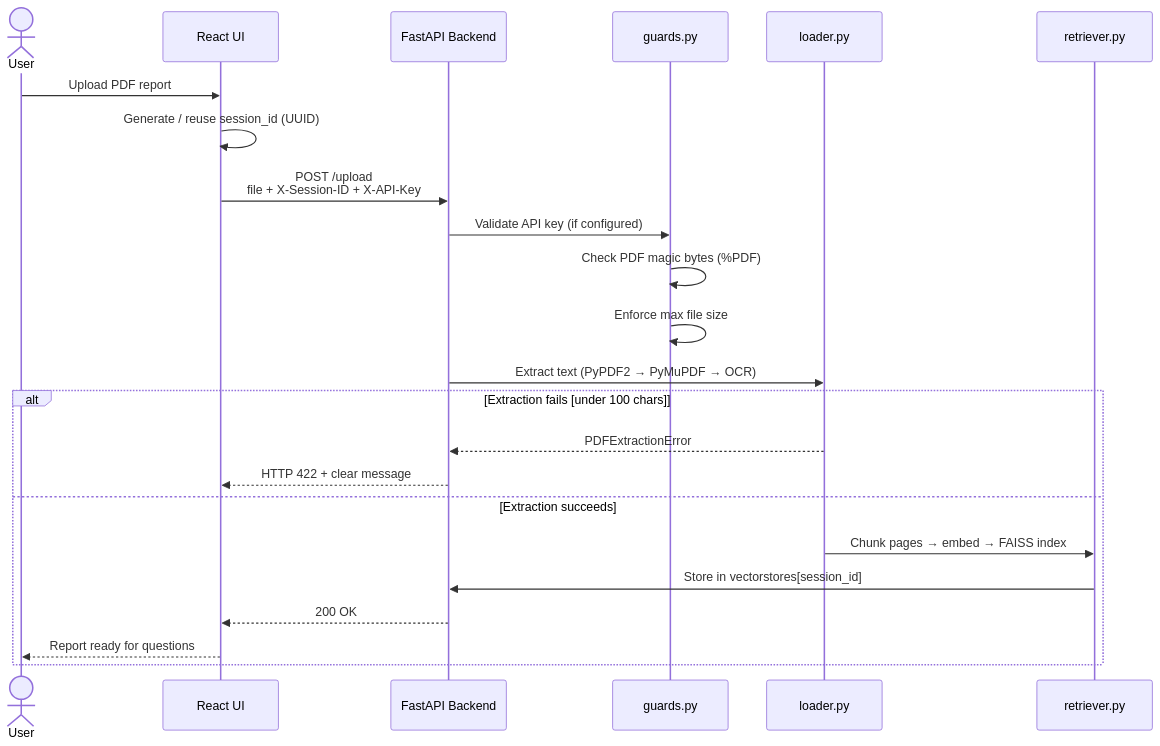
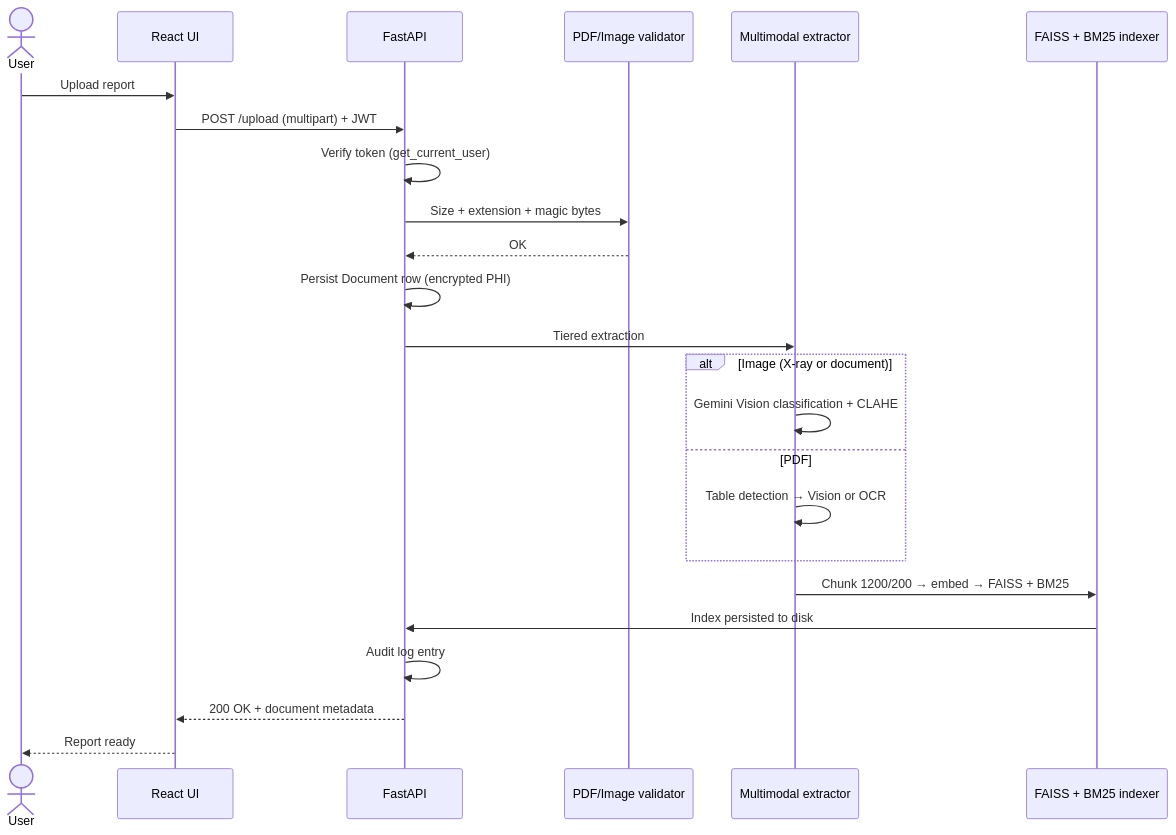
Before and after one commit to AdityaSharma2k04/MediSkye: the second of 3 diagrams in README.md, drawn with Mermaid. The commit also changed other lines of this file, not shown here.

````diff
--- a/README.md
+++ b/README.md
@@ -108,28 +144,27 @@
 ```mermaid
 sequenceDiagram
     actor User
-    participant ST as React UI
-    participant API as FastAPI Backend
-    participant Guard as guards.py
-    participant Load as loader.py
-    participant Ret as retriever.py
+    participant UI as React UI
+    participant API as FastAPI
+    participant Val as PDF/Image validator
+    participant Ext as Multimodal extractor
+    participant Idx as FAISS + BM25 indexer
 
-    User->>ST: Upload PDF report
-    ST->>ST: Generate / reuse session_id (UUID)
-    ST->>API: POST /upload<br/>file + X-Session-ID + X-API-Key
-
-    API->>Guard: Validate API key (if configured)
-    Guard->>Guard: Check PDF magic bytes (%PDF)
-    Guard->>Guard: Enforce max file size
-
-    API->>Load: Extract text (PyPDF2 → PyMuPDF → OCR)
-    alt Extraction fails [under 100 chars]
-        Load-->>API: PDFExtractionError
-        API-->>ST: HTTP 422 + clear message
-    else Extraction succeeds
-        Load->>Ret: Chunk pages → embed → FAISS index
-        Ret->>API: Store in vectorstores[session_id]
-        API-->>ST: 200 OK
-        ST-->>User: Report ready for questions
+    User->>UI: Upload report
+    UI->>API: POST /upload (multipart) + JWT
+    API->>API: Verify token (get_current_user)
+    API->>Val: Size + extension + magic bytes
+    Val-->>API: OK
+    API->>API: Persist Document row (encrypted PHI)
+    API->>Ext: Tiered extraction
+    alt Image (X-ray or document)
+        Ext->>Ext: Gemini Vision classification + CLAHE
+    else PDF
+        Ext->>Ext: Table detection → Vision or OCR
     end
+    Ext->>Idx: Chunk 1200/200 → embed → FAISS + BM25
+    Idx->>API: Index persisted to disk
+    API->>API: Audit log entry
+    API-->>UI: 200 OK + document metadata
+    UI-->>User: Report ready
 ```
````
